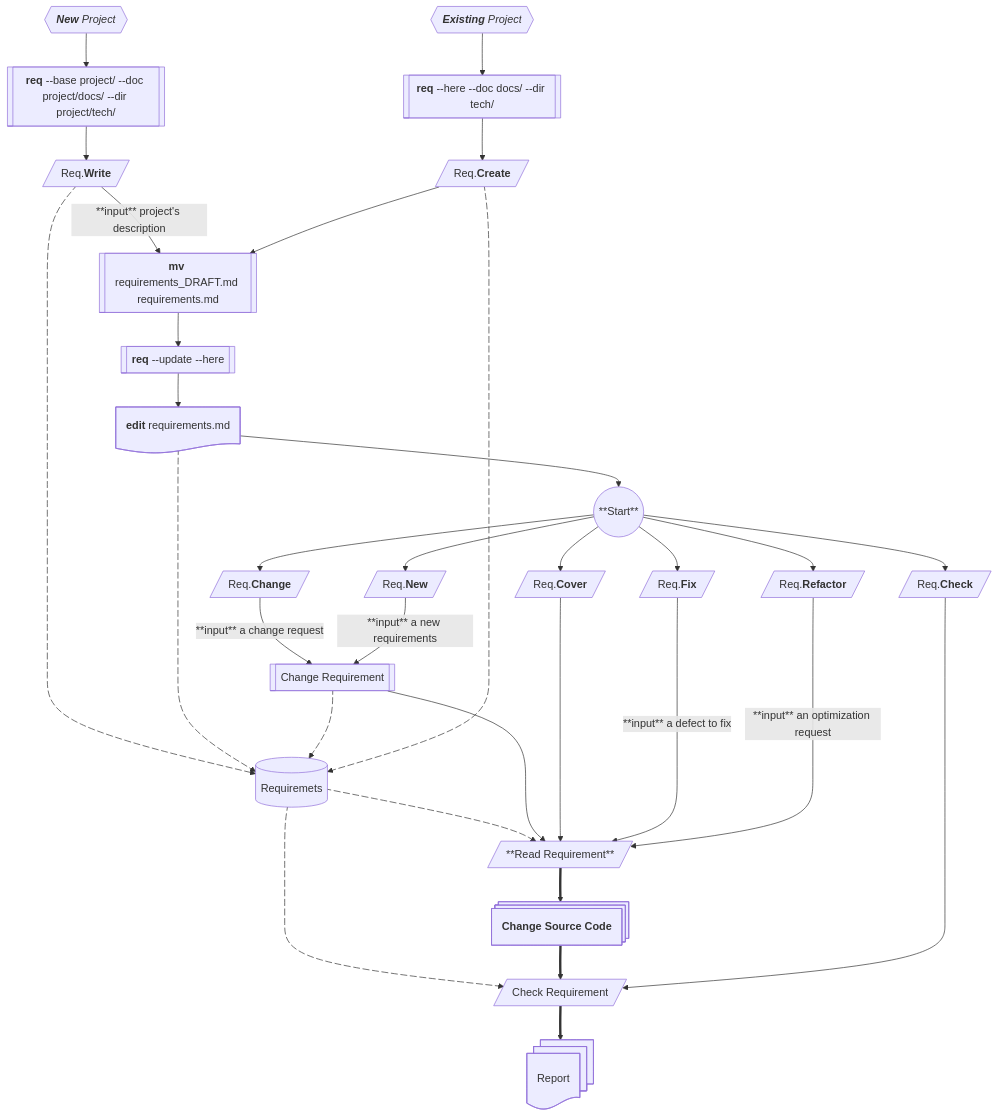
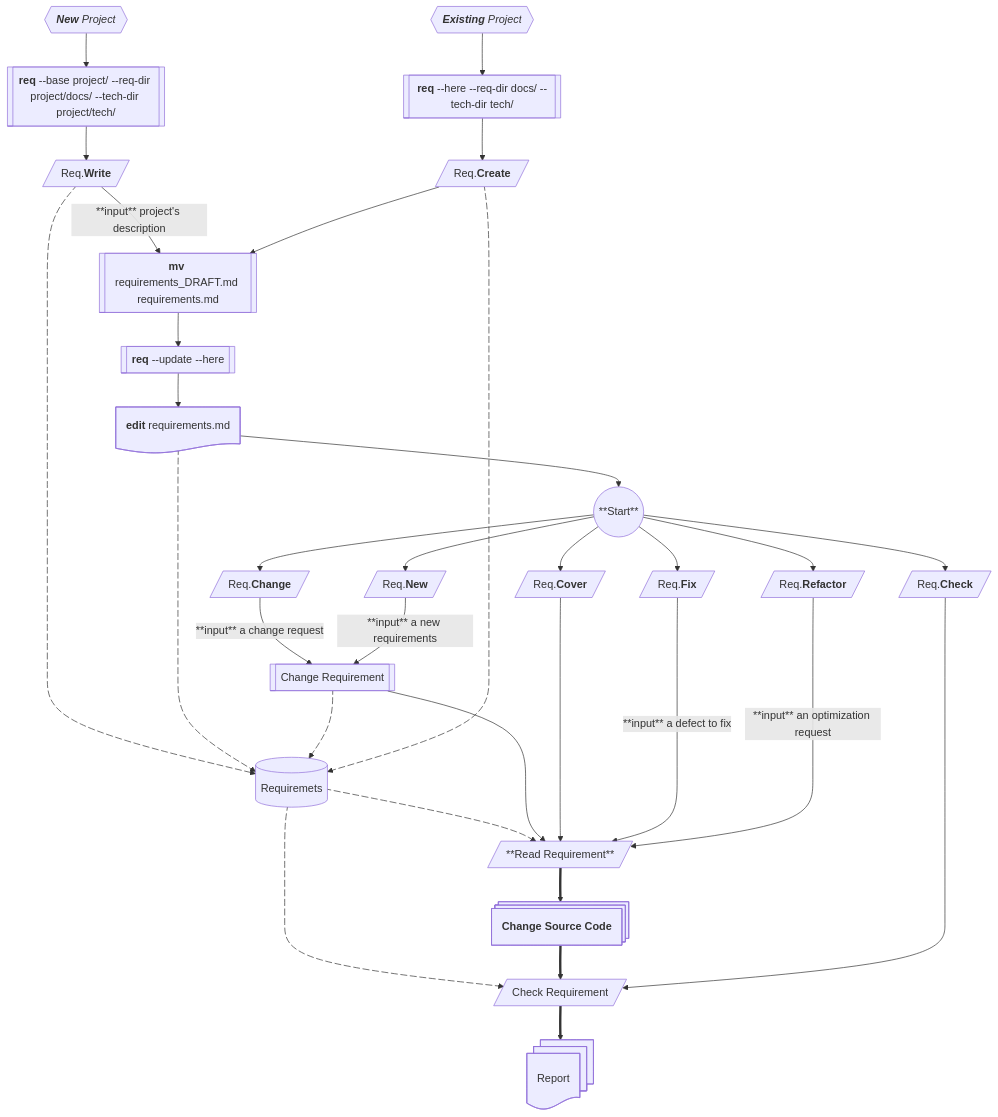
Before and after one commit to Ogekuri/useReq: the diagram in images/flowchart.md, drawn with Mermaid. The commit also changed 18 other files, not shown here.

````diff
--- a/images/flowchart.md
+++ b/images/flowchart.md
@@ -9,82 +9,82 @@
 ```mermaid
 flowchart TD
     %% Flowchart
     START((**Start**))
     NP@{ shape: hex, label: "***New*** *Project*"}
     EP@{ shape: hex, label: "***Existing*** *Project*"}
-    CMDNP@{ shape: subproc, label: "**req** --base project/ --doc project/docs/ --dir project/tech/" }
-    CMDEP@{ shape: subproc, label: "**req** --here --doc docs/ --dir tech/" }
+    CMDNP@{ shape: subproc, label: "**req** --base project/ --req-dir project/docs/ --tech-dir project/tech/" }
+    CMDEP@{ shape: subproc, label: "**req** --here --req-dir docs/ --tech-dir tech/" }
     CMDUPDATE@{ shape: subproc, label: "**req** --update --here" }
     EDIT@{ shape: doc, label: "**edit** requirements.md" }
     REQ[(Requiremets)]
     CHANGE@{ shape: lean-r, label: "Req.**Change**"}
     CHECK@{ shape: lean-r, label: "Req.**Check**"}
     COVER@{ shape: lean-r, label: "Req.**Cover**"}
     FIX@{ shape: lean-r, label: "Req.**Fix**"}
     NEW@{ shape: lean-r, label: "Req.**New**"}
     REFACTOR@{ shape: lean-r, label: "Req.**Refactor**"}
     WRITE@{ shape: lean-r, label: "Req.**Write**"}
     CREATE@{ shape: lean-r, label: "Req.**Create**"}
     RENAME@{ shape: subproc, label: "**mv** requirements_DRAFT.md requirements.md" }
     REQ_CHANGE[[Change Requirement]]
     REQ_READ[/**Read Requirement**/]
     REQ_CHECK[/Check Requirement/]
     CODE_CHANGE@{ shape: procs, label: "**Change Source Code**"}
     REPORT@{ shape: docs, label: "Report"}
 
     %% New Project
     NP --> CMDNP
     CMDNP --> WRITE
     WRITE -- **input** project's description --> RENAME
 
     %% Existing Project
     EP --> CMDEP
     CMDEP --> CREATE
     CREATE--> RENAME
     RENAME --> CMDUPDATE
     CMDUPDATE --> EDIT
     EDIT --> START
 
     %% Requirements
     REQ e1@-.-> REQ_READ
     e1@{ animate: true }
     REQ e2@-.-> REQ_CHECK
     e2@{ animate: true }
     WRITE e3@-.-> REQ
     e3@{ animate: true }
     EDIT e4@-.-> REQ
     e4@{ animate: true }
     REQ_CHANGE e5@-.-> REQ
     e5@{ animate: true }
     CREATE e6@-.-> REQ
     e6@{ animate: true }
 
     %% Change
     START --> CHANGE
     CHANGE -- **input** a change request --> REQ_CHANGE
     REQ_CHANGE --> REQ_READ
     REQ_READ ==> CODE_CHANGE
     CODE_CHANGE ==> REQ_CHECK
     REQ_CHECK ==> REPORT
     %% REPORT --> START
 
     %% Check
     START --> CHECK
     CHECK ------> REQ_CHECK
 
     %% Cover
     START --> COVER
     COVER ----> REQ_READ
 
     %% Fix
     START --> FIX
     FIX -- **input** a defect to fix ----> REQ_READ
 
     %% Refactor
     START --> REFACTOR
     REFACTOR -- **input** an optimization request ----> REQ_READ
 
     %% New
     START --> NEW
     NEW -- **input** a new requirements--> REQ_CHANGE 
 ```
````
